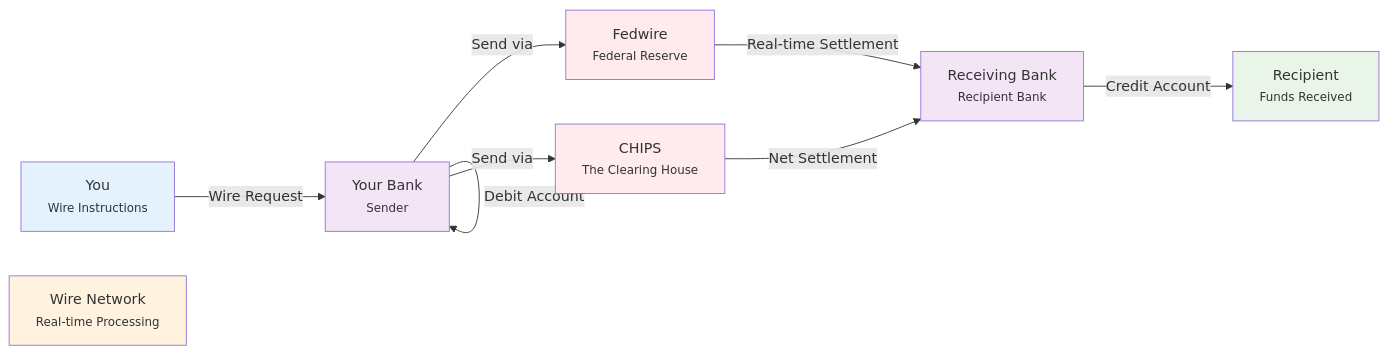
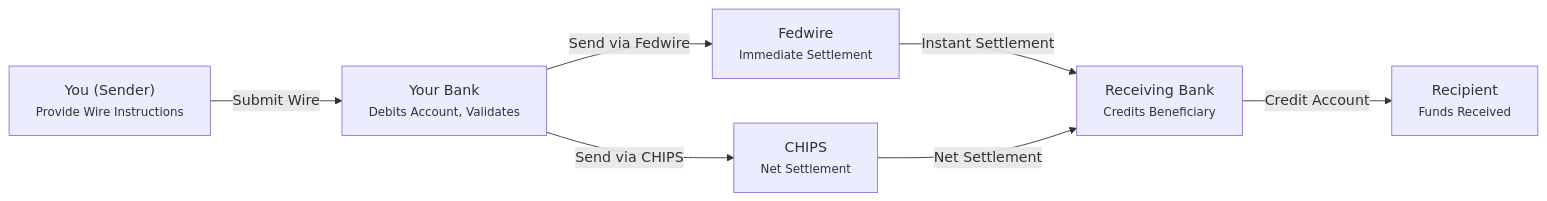
The diagram in _posts/2025-08-14-wire-transfers-explained.md (sumahiremath/buildtales), drawn with Mermaid before and after one commit. The commit also changed other lines of this file and 10 other files, not shown here.

````diff
--- a/_posts/2025-08-14-wire-transfers-explained.md
+++ b/_posts/2025-08-14-wire-transfers-explained.md
@@ -123,27 +111,16 @@
-<div class="mermaid">
+```mermaid
 flowchart LR
-    A["You<br><small>Wire Instructions</small>"] 
-    B["Your Bank<br><small>Sender</small>"]
-    C["Wire Network<br><small>Real-time Processing</small>"]
-    D["Receiving Bank<br><small>Recipient Bank</small>"]
+    A["You (Sender)<br><small>Provide Wire Instructions</small>"] 
+    B["Your Bank<br><small>Debits Account, Validates</small>"]
+    F["Fedwire<br><small>Immediate Settlement</small>"]
+    G["CHIPS<br><small>Net Settlement</small>"]
+    D["Receiving Bank<br><small>Credits Beneficiary</small>"]
     E["Recipient<br><small>Funds Received</small>"]
-    
-    F["Fedwire<br><small>Federal Reserve</small>"]
-    G["CHIPS<br><small>The Clearing House</small>"]
-    
-    A -->|"Wire Request"| B
-    B -->|"Debit Account"| B
-    B -->|"Send via"| F
-    B -->|"Send via"| G
-    F -->|"Real-time Settlement"| D
+
+    A -->|"Submit Wire"| B
+    B -->|"Send via Fedwire"| F
+    B -->|"Send via CHIPS"| G
+    F -->|"Instant Settlement"| D
     G -->|"Net Settlement"| D
     D -->|"Credit Account"| E
-    
-    style A fill:#e3f2fd
-    style B fill:#f3e5f5
-    style C fill:#fff3e0
-    style D fill:#f3e5f5
-    style E fill:#e8f5e8
-    style F fill:#ffebee
-    style G fill:#ffebee
-</div>
+```
````
